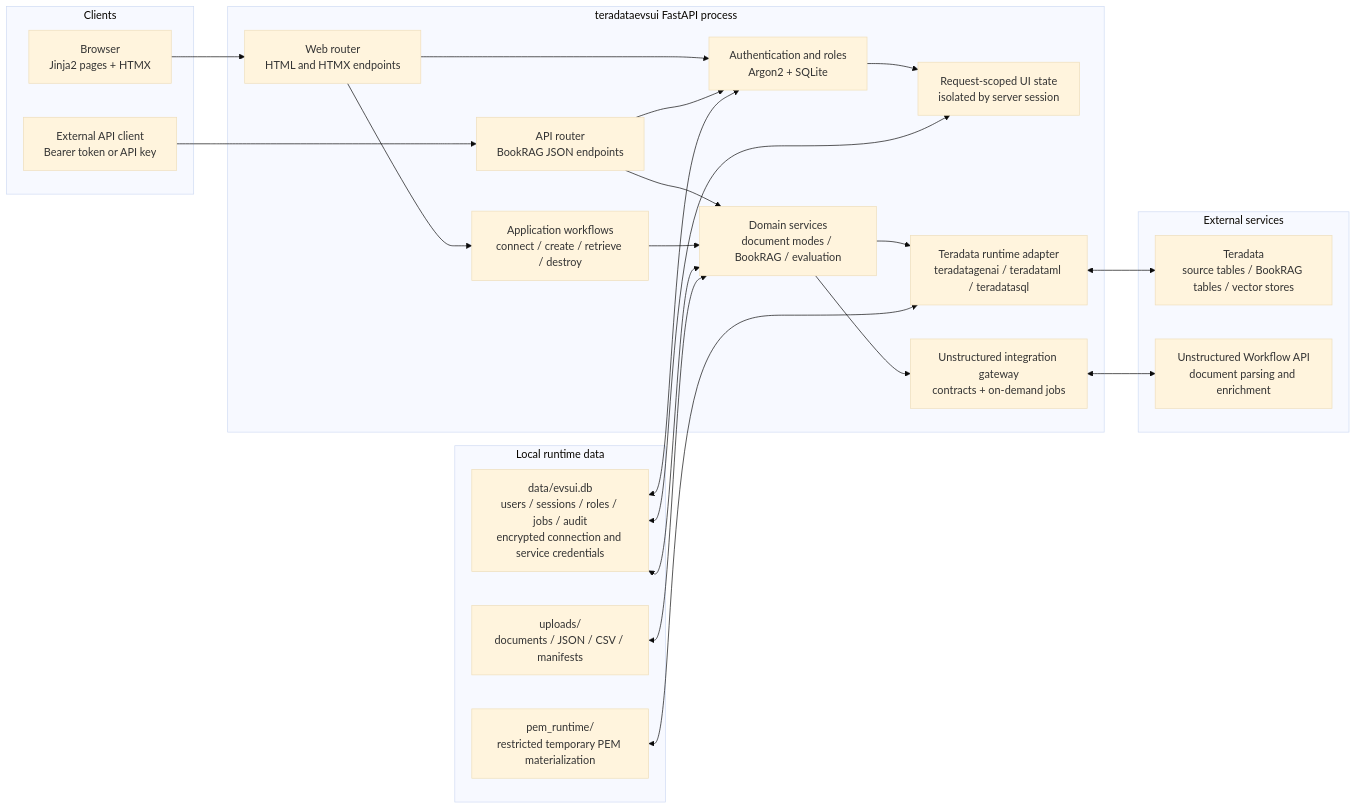
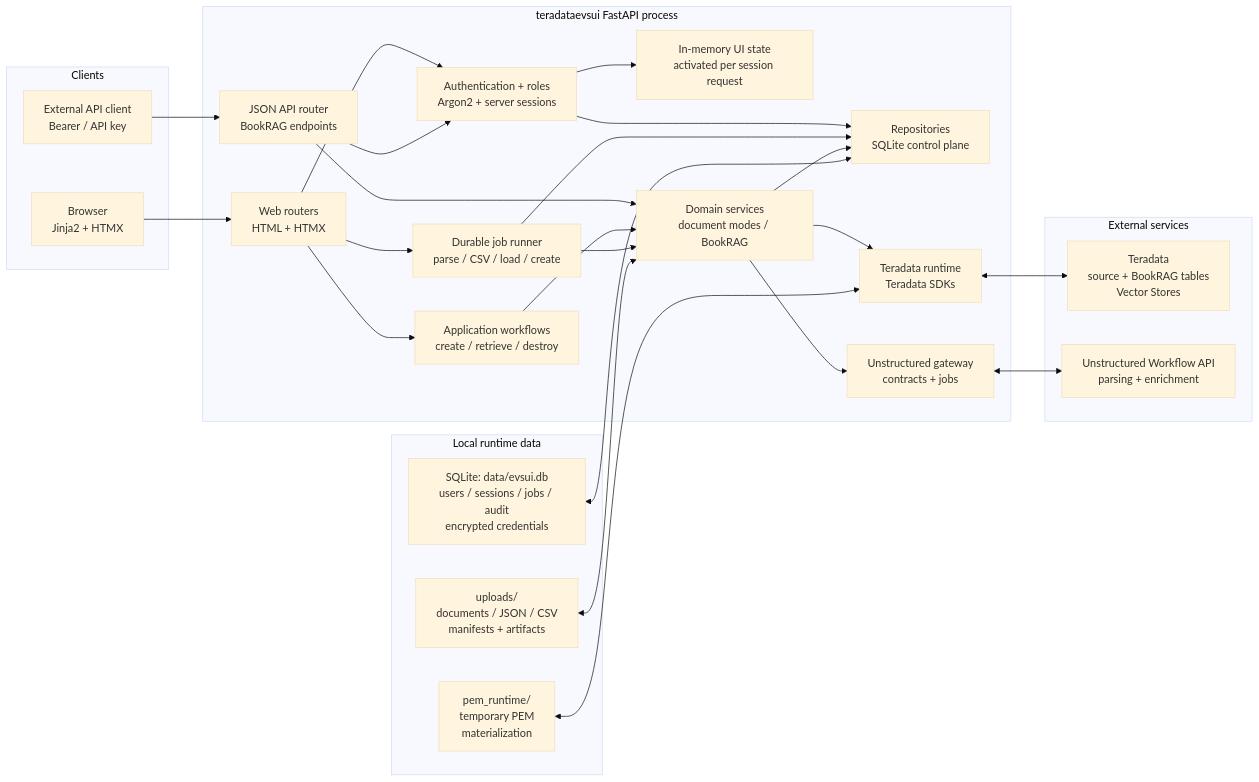
Before and after one commit to xuhaibintd/teradataevsui: the first of 4 diagrams in README.md, drawn with Mermaid (base theme). The commit also changed other lines of this file and 5 other files, not shown here.

Commit message:
Correct and validate architecture diagrams

````diff
--- a/README.md
+++ b/README.md
@@ -237,48 +237,53 @@
 ```mermaid
 flowchart LR
     subgraph Clients["Clients"]
-        Browser["Browser<br/>Jinja2 pages + HTMX"]
-        ApiClient["External API client<br/>Bearer token or API key"]
+        Browser["Browser<br/>Jinja2 + HTMX"]
+        ApiClient["External API client<br/>Bearer / API key"]
     end
 
     subgraph App["teradataevsui FastAPI process"]
-        Web["Web router<br/>HTML and HTMX endpoints"]
-        API["API router<br/>BookRAG JSON endpoints"]
-        Auth["Authentication and roles<br/>Argon2 + SQLite"]
-        Session["Request-scoped UI state<br/>isolated by server session"]
-        Flow["Application workflows<br/>connect / create / retrieve / destroy"]
-        Service["Domain services<br/>document modes / BookRAG / evaluation"]
-        TDAdapter["Teradata runtime adapter<br/>teradatagenai / teradataml / teradatasql"]
-        USAdapter["Unstructured integration gateway<br/>contracts + on-demand jobs"]
+        Web["Web routers<br/>HTML + HTMX"]
+        API["JSON API router<br/>BookRAG endpoints"]
+        Auth["Authentication + roles<br/>Argon2 + server sessions"]
+        Session["In-memory UI state<br/>activated per session request"]
+        Flow["Application workflows<br/>create / retrieve / destroy"]
+        Jobs["Durable job runner<br/>parse / CSV / load / create"]
+        Service["Domain services<br/>document modes / BookRAG"]
+        Repo["Repositories<br/>SQLite control plane"]
+        TDAdapter["Teradata runtime<br/>Teradata SDKs"]
+        USAdapter["Unstructured gateway<br/>contracts + jobs"]
 
         Web --> Auth
         API --> Auth
         Auth --> Session
         Web --> Flow
+        Web --> Jobs
         API --> Service
         Flow --> Service
+        Jobs --> Service
+        Auth --> Repo
+        Jobs --> Repo
+        Service --> Repo
         Service --> TDAdapter
         Service --> USAdapter
     end
 
     subgraph Local["Local runtime data"]
-        StateDB["data/evsui.db<br/>users / sessions / roles / jobs / audit<br/>encrypted connection and service credentials"]
-        Files["uploads/<br/>documents / JSON / CSV / manifests"]
-        Pem["pem_runtime/<br/>restricted temporary PEM materialization"]
+        StateDB["SQLite: data/evsui.db<br/>users / sessions / jobs / audit<br/>encrypted credentials"]
+        Files["uploads/<br/>documents / JSON / CSV<br/>manifests + artifacts"]
+        Pem["pem_runtime/<br/>temporary PEM<br/>materialization"]
     end
 
     subgraph External["External services"]
-        TD["Teradata<br/>source tables / BookRAG tables / vector stores"]
-        US["Unstructured Workflow API<br/>document parsing and enrichment"]
+        TD["Teradata<br/>source + BookRAG tables<br/>Vector Stores"]
+        US["Unstructured Workflow API<br/>parsing + enrichment"]
     end
 
     Browser --> Web
     ApiClient --> API
-    StateDB <--> Auth
-    StateDB <--> Session
-    StateDB <--> Service
+    StateDB <--> Repo
     Files <--> Service
     Pem <--> TDAdapter
     TDAdapter <--> TD
     USAdapter <--> US
 ```
````
